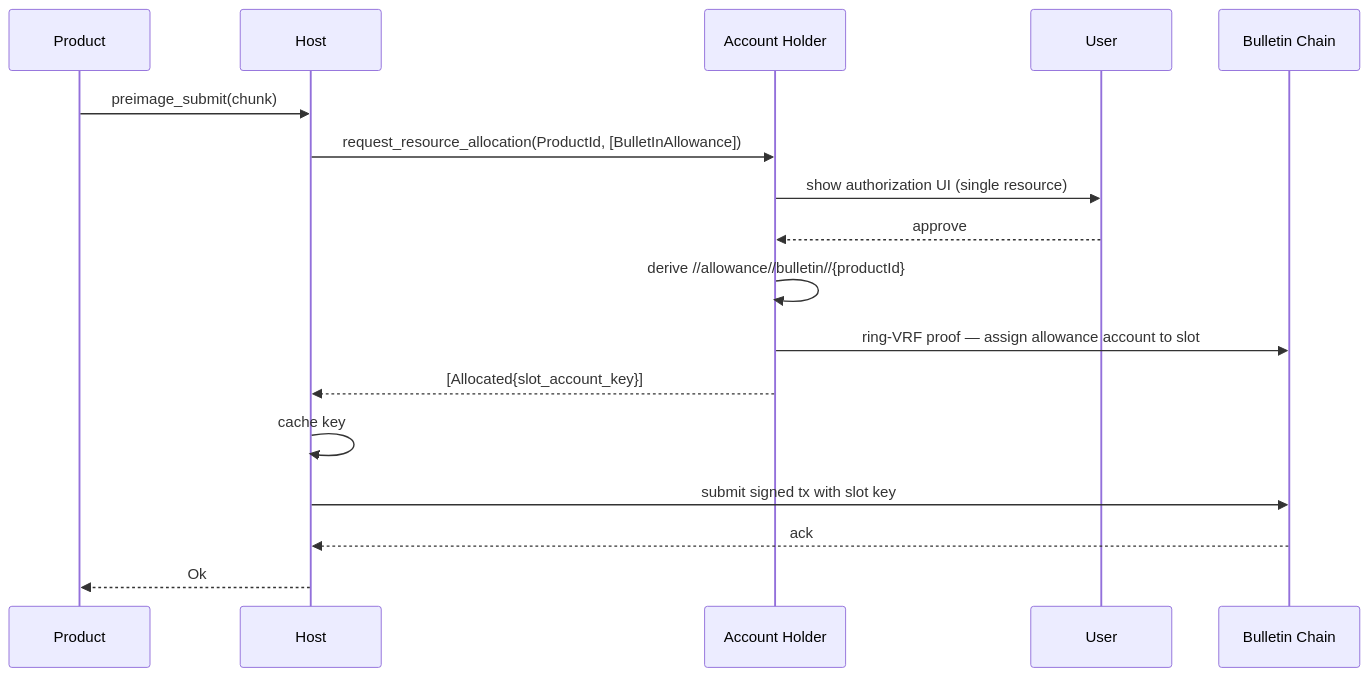
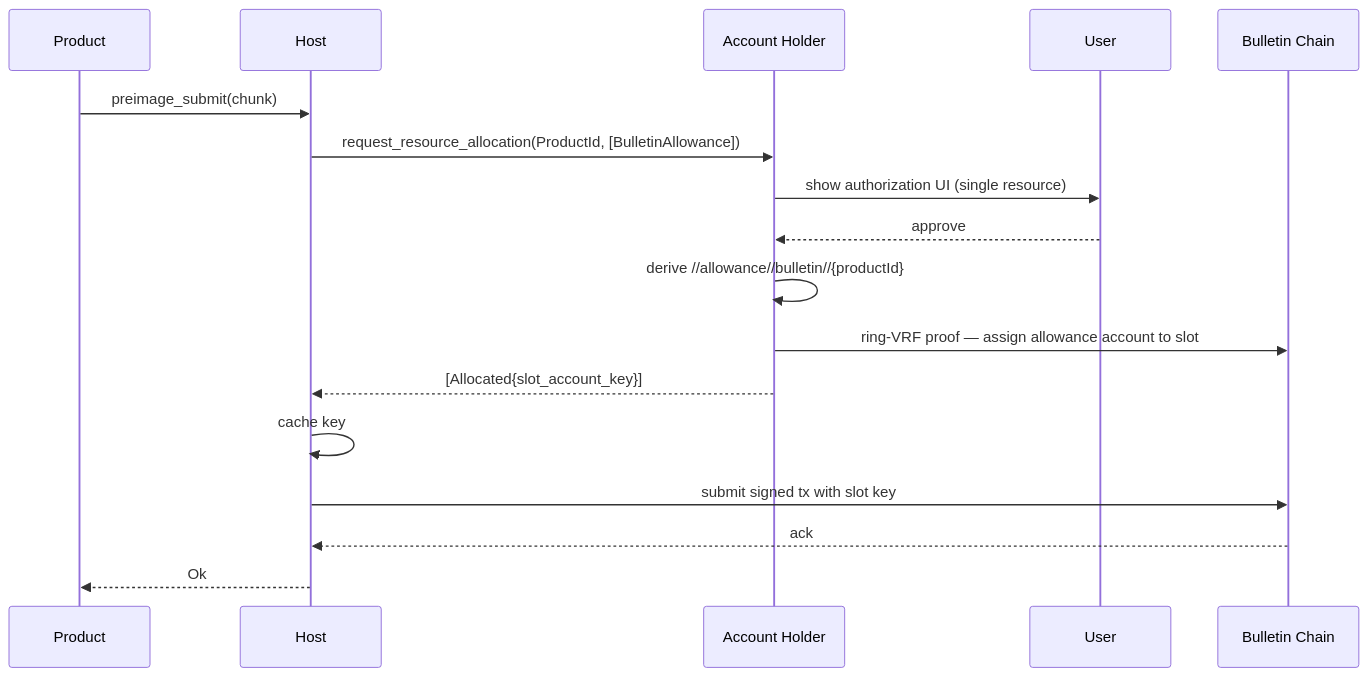
Before and after one commit to paritytech/truapi: the third of 6 diagrams in docs/rfcs/0010-allowance.md, drawn with Mermaid. The commit also changed other lines of this file and 21 other files, not shown here.

````diff
--- a/docs/rfcs/0010-allowance.md
+++ b/docs/rfcs/0010-allowance.md
@@ -246,20 +246,20 @@
 ```mermaid
 sequenceDiagram
   participant P as Product
   participant H as Host
   participant A as Account Holder
   participant U as User
   participant B as Bulletin Chain
 
   P->>H: preimage_submit(chunk)
-  H->>A: request_resource_allocation(ProductId, [BulletInAllowance])
+  H->>A: request_resource_allocation(ProductId, [BulletinAllowance])
   A->>U: show authorization UI (single resource)
   U-->>A: approve
   A->>A: derive //allowance//bulletin//{productId}
   A->>B: ring-VRF proof — assign allowance account to slot
   A-->>H: [Allocated{slot_account_key}]
   H->>H: cache key
   H->>B: submit signed tx with slot key
   B-->>H: ack
   H-->>P: Ok
 ```
````
